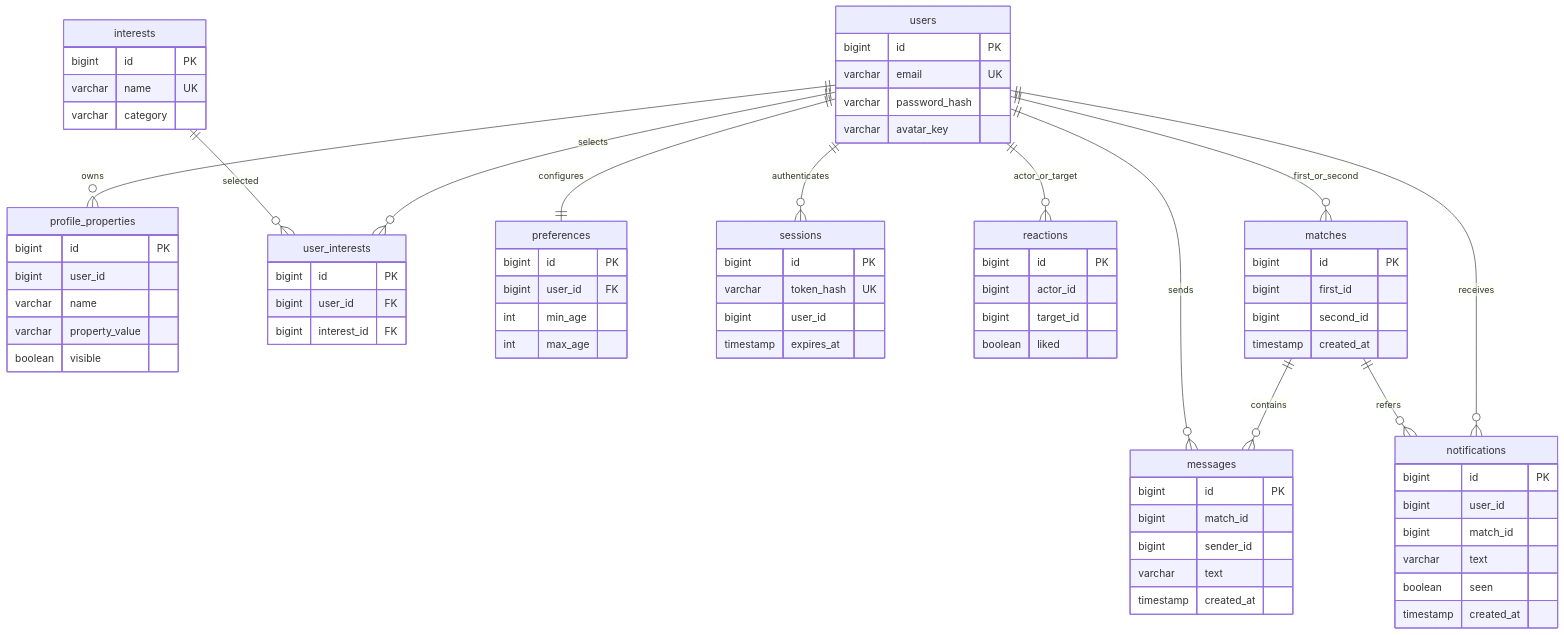
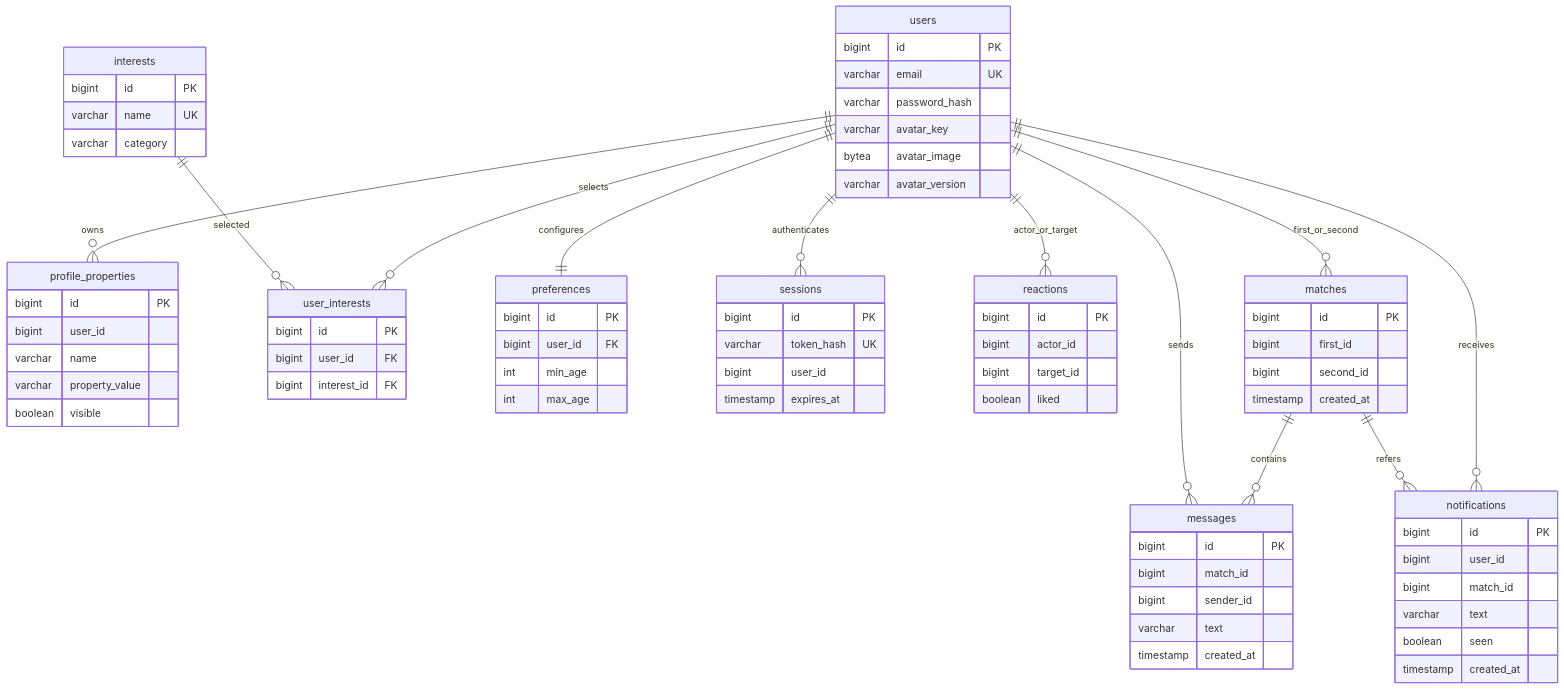
The diagram in diagrams/ERD.md (SMART-DATING/nexus-docs), drawn with Mermaid before and after one commit. The commit also changed 7 other files, not shown here.

````diff
--- a/diagrams/ERD.md
+++ b/diagrams/ERD.md
@@ -3,76 +3,78 @@
 ```mermaid
 erDiagram
   users ||--o{ profile_properties : owns
   users ||--o{ user_interests : selects
   interests ||--o{ user_interests : selected
   users ||--|| preferences : configures
   users ||--o{ sessions : authenticates
   users ||--o{ reactions : actor_or_target
   users ||--o{ matches : first_or_second
   matches ||--o{ messages : contains
   users ||--o{ messages : sends
   users ||--o{ notifications : receives
   matches ||--o{ notifications : refers
   users {
     bigint id PK
     varchar email UK
     varchar password_hash
     varchar avatar_key
+    bytea avatar_image
+    varchar avatar_version
   }
   profile_properties {
     bigint id PK
     bigint user_id
     varchar name
     varchar property_value
     boolean visible
   }
   interests {
     bigint id PK
     varchar name UK
     varchar category
   }
   user_interests {
     bigint id PK
     bigint user_id FK
     bigint interest_id FK
   }
   preferences {
     bigint id PK
     bigint user_id FK
     int min_age
     int max_age
   }
   reactions {
     bigint id PK
     bigint actor_id
     bigint target_id
     boolean liked
   }
   matches {
     bigint id PK
     bigint first_id
     bigint second_id
     timestamp created_at
   }
   messages {
     bigint id PK
     bigint match_id
     bigint sender_id
     varchar text
     timestamp created_at
   }
   notifications {
     bigint id PK
     bigint user_id
     bigint match_id
     varchar text
     boolean seen
     timestamp created_at
   }
   sessions {
     bigint id PK
     varchar token_hash UK
     bigint user_id
     timestamp expires_at
   }
 ```
````
